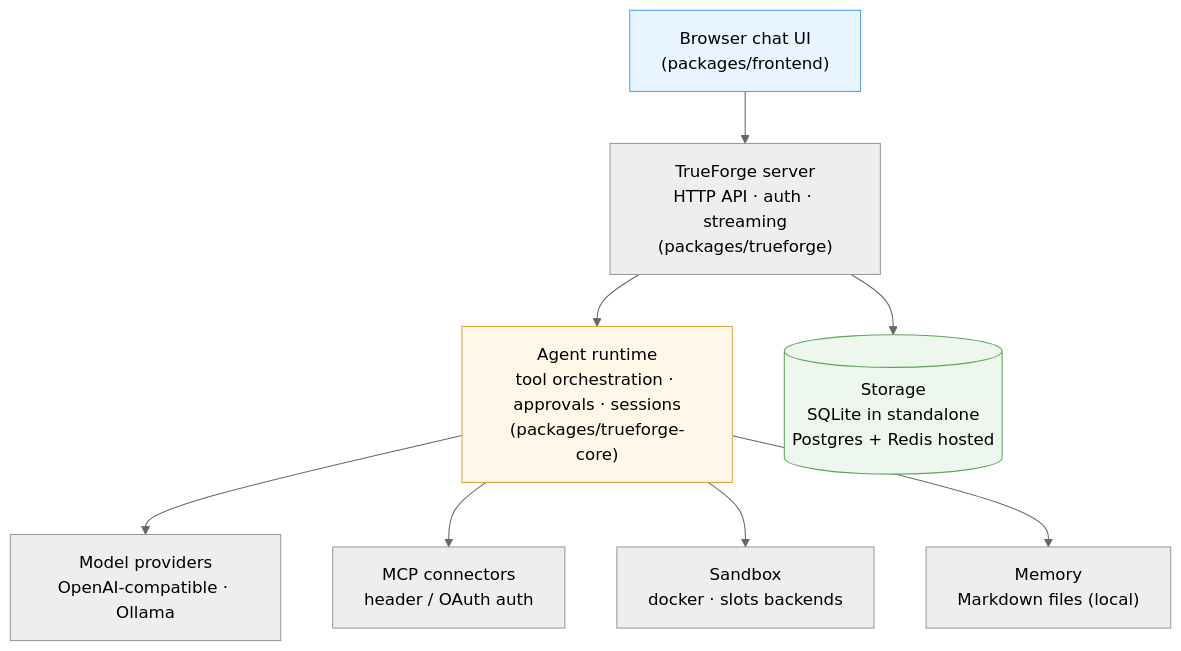
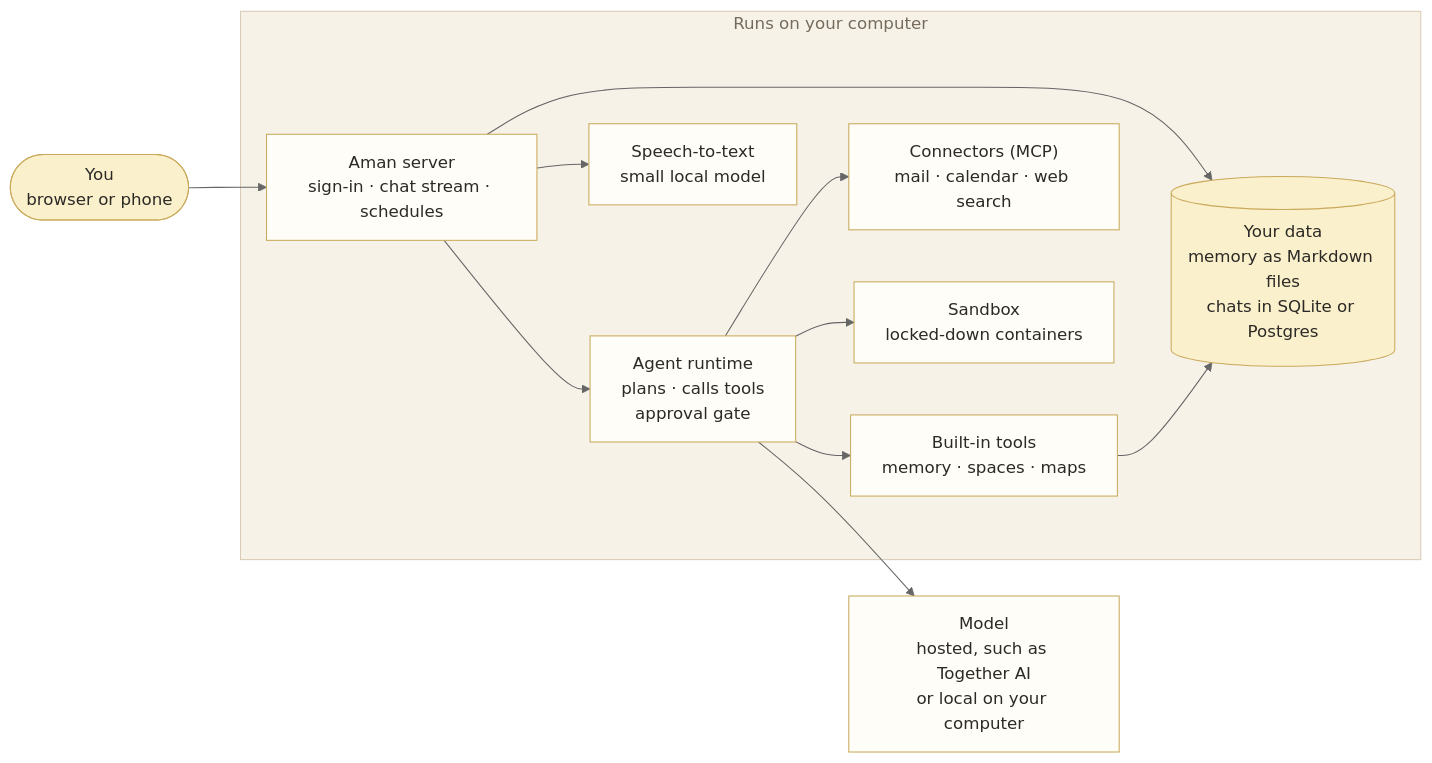
One commit to ClimbOutLabs/amanuensis changed the diagram in README.md. Above: the diagram before and after it, drawn with Mermaid (neutral theme). The commit also changed other lines of this file and 17 other files, not shown here.

````diff
--- a/README.md
+++ b/README.md
@@ -52,22 +176,31 @@
 ```mermaid
-flowchart TB
-    Browser["Browser chat UI<br/>(packages/frontend)"]
-    Server["TrueForge server<br/>HTTP API · auth · streaming<br/>(packages/trueforge)"]
-    Runtime["Agent runtime<br/>tool orchestration · approvals · sessions<br/>(packages/trueforge-core)"]
-    Models["Model providers<br/>OpenAI-compatible · Ollama"]
-    MCP["MCP connectors<br/>header / OAuth auth"]
-    Sandbox["Sandbox<br/>docker · slots backends"]
-    Memory["Memory<br/>Markdown files (local)"]
-    Storage[("Storage<br/>SQLite in standalone<br/>Postgres + Redis hosted")]
+flowchart LR
+    You(["You<br/>browser or phone"])
 
-    Browser --> Server --> Runtime
+    subgraph Home["Runs on your computer"]
+        Server["Aman server<br/>sign-in · chat stream · schedules"]
+        Runtime["Agent runtime<br/>plans · calls tools<br/>approval gate"]
+        Builtin["Built-in tools<br/>memory · spaces · maps"]
+        Connectors["Connectors (MCP)<br/>mail · calendar · web search"]
+        Sandbox["Sandbox<br/>locked-down containers"]
+        Voice["Speech-to-text<br/>small local model"]
+        Data[("Your data<br/>memory as Markdown files<br/>chats in SQLite or Postgres")]
+    end
+
+    Models["Model<br/>hosted, such as Together AI<br/>or local on your computer"]
+
+    You --> Server --> Runtime
+    Server --> Voice
+    Server --> Data
     Runtime --> Models
-    Runtime --> MCP
+    Runtime --> Builtin
+    Runtime --> Connectors
     Runtime --> Sandbox
-    Runtime --> Memory
-    Server --> Storage
+    Builtin --> Data
 
-    style Browser fill:#e8f4ff,stroke:#4a9eff
-    style Runtime fill:#fff7e8,stroke:#e8a13d
-    style Storage fill:#eef7ee,stroke:#5aa65a
+    classDef paper fill:#fffdf8,stroke:#c9a95a,color:#2c2a26
+    classDef gold fill:#fbf0cc,stroke:#c9a95a,color:#2c2a26
+    class Server,Runtime,Builtin,Connectors,Sandbox,Voice,Models paper
+    class You,Data gold
+    style Home fill:#f7f2e8,stroke:#d9ccb6,color:#746b5d
 ```
````
